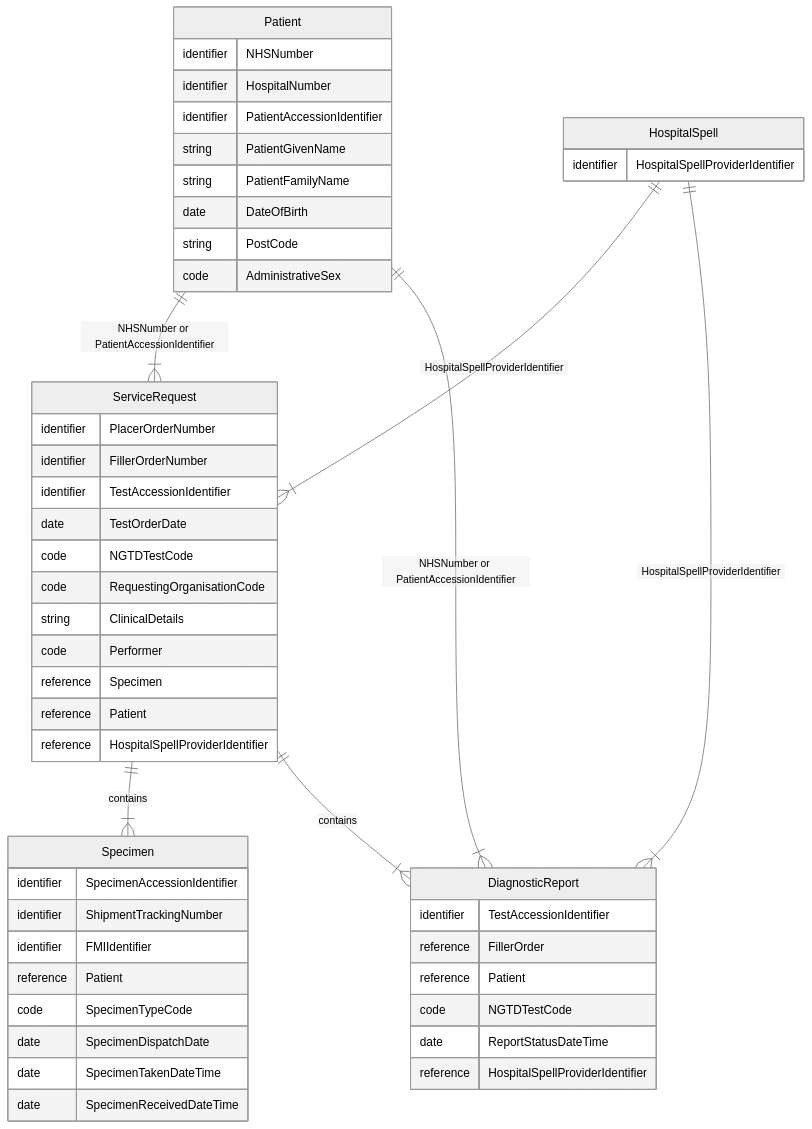
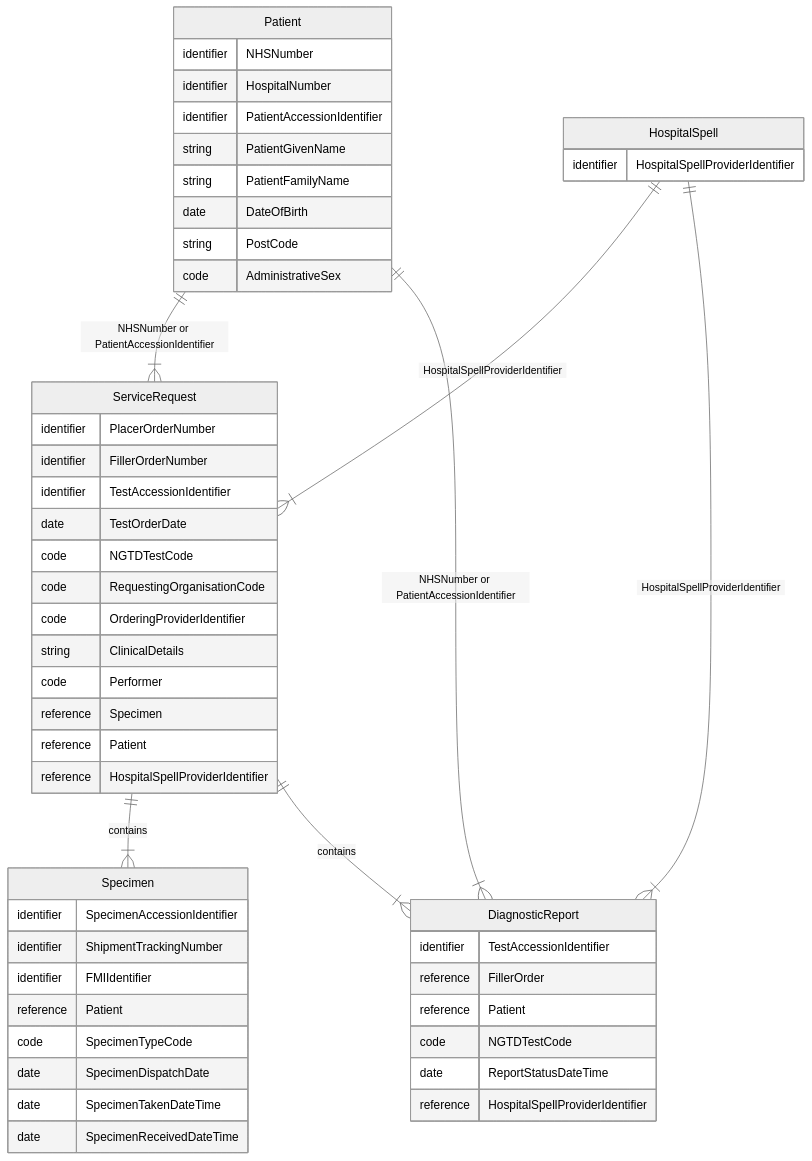
One commit to nw-gmsa/nw-gmsa.github.com changed the first of 2 diagrams in input/pagecontent/diagnostic-core.md. Above: the diagram before and after it, drawn with Mermaid (neutral theme). The commit also changed other lines of this file and 1 other file, not shown here.

````diff
--- a/input/pagecontent/diagnostic-core.md
+++ b/input/pagecontent/diagnostic-core.md
@@ -15,61 +15,62 @@
 ```mermaid
 erDiagram
 
     ServiceRequest ||--|{ Specimen : contains
     Patient ||--|{ ServiceRequest : "NHSNumber or PatientAccessionIdentifier"
 
     Patient ||--|{ DiagnosticReport : "NHSNumber or PatientAccessionIdentifier"
     ServiceRequest ||--|{ DiagnosticReport : contains
     HospitalSpell ||--|{ ServiceRequest : "HospitalSpellProviderIdentifier"
 
     HospitalSpell ||--|{ DiagnosticReport : "HospitalSpellProviderIdentifier"
 
     ServiceRequest {
         identifier PlacerOrderNumber
         identifier FillerOrderNumber
         identifier TestAccessionIdentifier
         date TestOrderDate
         code NGTDTestCode
         code RequestingOrganisationCode
+        code OrderingProviderIdentifier
         string ClinicalDetails
         code Performer
         reference Specimen
         reference Patient
         reference HospitalSpellProviderIdentifier
     }
 
 
     Patient {
         identifier NHSNumber
         identifier HospitalNumber
         identifier PatientAccessionIdentifier
         string PatientGivenName
         string PatientFamilyName
         date DateOfBirth
         string PostCode
         code AdministrativeSex
     }
 
     Specimen {
         identifier SpecimenAccessionIdentifier
         identifier ShipmentTrackingNumber
         identifier FMIIdentifier
         reference Patient
         code SpecimenTypeCode
         date SpecimenDispatchDate
         date SpecimenTakenDateTime
         date SpecimenReceivedDateTime
     }
 
     DiagnosticReport {
         identifier TestAccessionIdentifier
         reference FillerOrder
         reference Patient
         code NGTDTestCode
         date ReportStatusDateTime
         reference HospitalSpellProviderIdentifier
     }
     HospitalSpell {
         identifier HospitalSpellProviderIdentifier
     }
 ```
````
